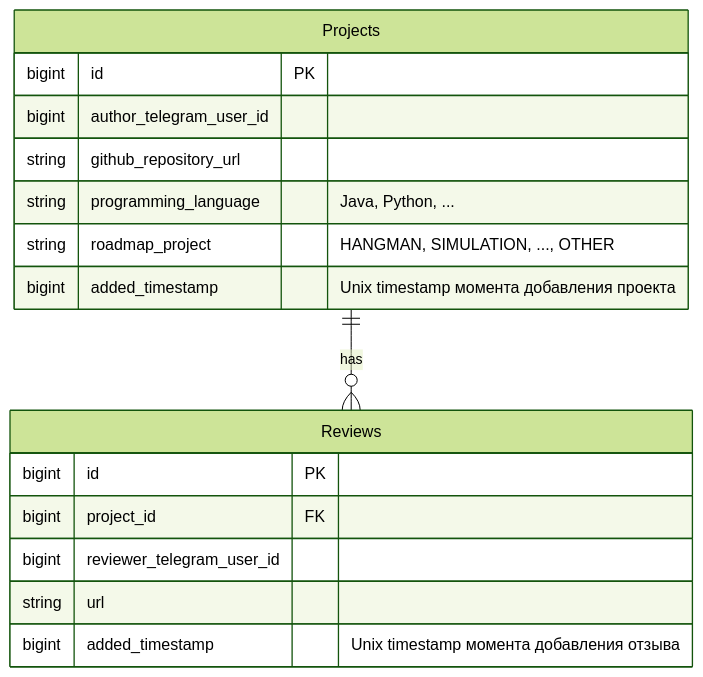
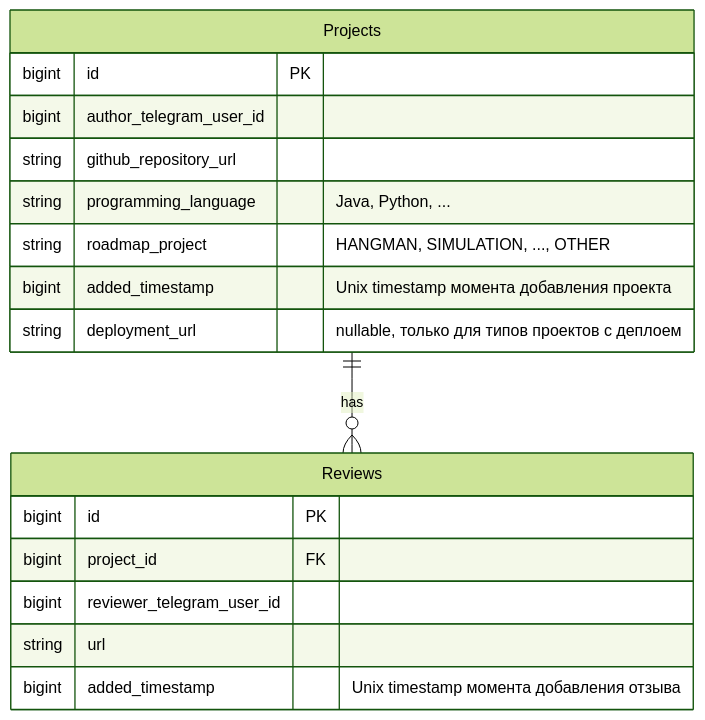
Before and after one commit to it-mentor-community-platform/meta: the diagram in system-analytics/services/project-service/index.md, drawn with Mermaid (forest theme). The commit also changed other lines of this file and 1 other file, not shown here.

Commit message:
system-analytics: deployment url added to projects

````diff
--- a/system-analytics/services/project-service/index.md
+++ b/system-analytics/services/project-service/index.md
@@ -21,21 +21,22 @@
 ```mermaid
 erDiagram
     Projects {
         bigint id PK
         bigint author_telegram_user_id
         string github_repository_url
         string programming_language "Java, Python, ..."
         string roadmap_project "HANGMAN, SIMULATION, ..., OTHER"
         bigint added_timestamp "Unix timestamp момента добавления проекта"
+        string deployment_url "nullable, только для типов проектов с деплоем"
     }
 
     Reviews {
         bigint id PK
         bigint project_id FK
         bigint reviewer_telegram_user_id
         string url
         bigint added_timestamp "Unix timestamp момента добавления отзыва"
     }
 
     Projects ||--o{ Reviews : has
 ```
````
